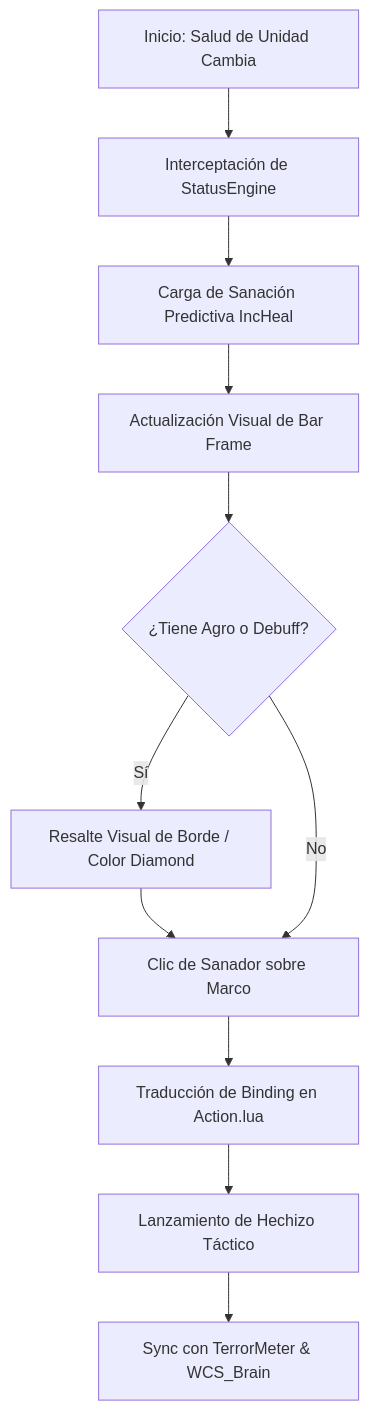
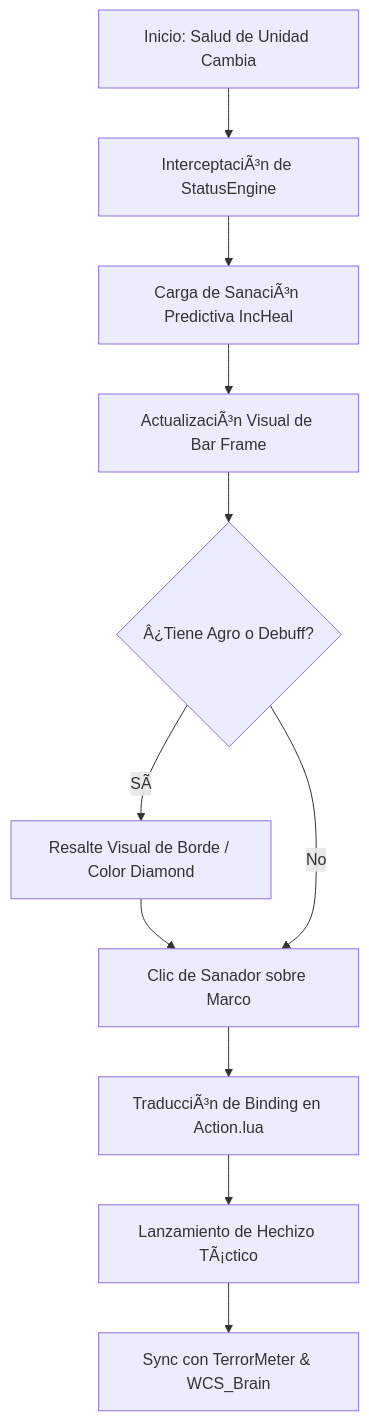
Before and after one commit to DarckRovert/HealBot-El-Sequito-del-Terror-Edition: the diagram in wiki/Architecture.md, drawn with Mermaid. The commit also changed other lines of this file and 10 other files, not shown here.

````diff
--- a/wiki/Architecture.md
+++ b/wiki/Architecture.md
@@ -18,13 +18,13 @@
 ```mermaid
 graph TD
-    A[Inicio: Salud de Unidad Cambia] --> B[Interceptación de StatusEngine]
-    B --> C[Carga de Sanación Predictiva IncHeal]
-    C --> D[Actualización Visual de Bar Frame]
-    D --> E{¿Tiene Agro o Debuff?}
-    E -- Sí --> F[Resalte Visual de Borde / Color Diamond]
+    A[Inicio: Salud de Unidad Cambia] --> B[InterceptaciÃ³n de StatusEngine]
+    B --> C[Carga de SanaciÃ³n Predictiva IncHeal]
+    C --> D[ActualizaciÃ³n Visual de Bar Frame]
+    D --> E{Â¿Tiene Agro o Debuff?}
+    E -- SÃ­ --> F[Resalte Visual de Borde / Color Diamond]
     F --> G[Clic de Sanador sobre Marco]
-    G --> H[Traducción de Binding en Action.lua]
-    H --> I[Lanzamiento de Hechizo Táctico]
+    G --> H[TraducciÃ³n de Binding en Action.lua]
+    H --> I[Lanzamiento de Hechizo TÃ¡ctico]
     I --> J[Sync con TerrorMeter & WCS_Brain]
     E -- No --> G
 ```
````
